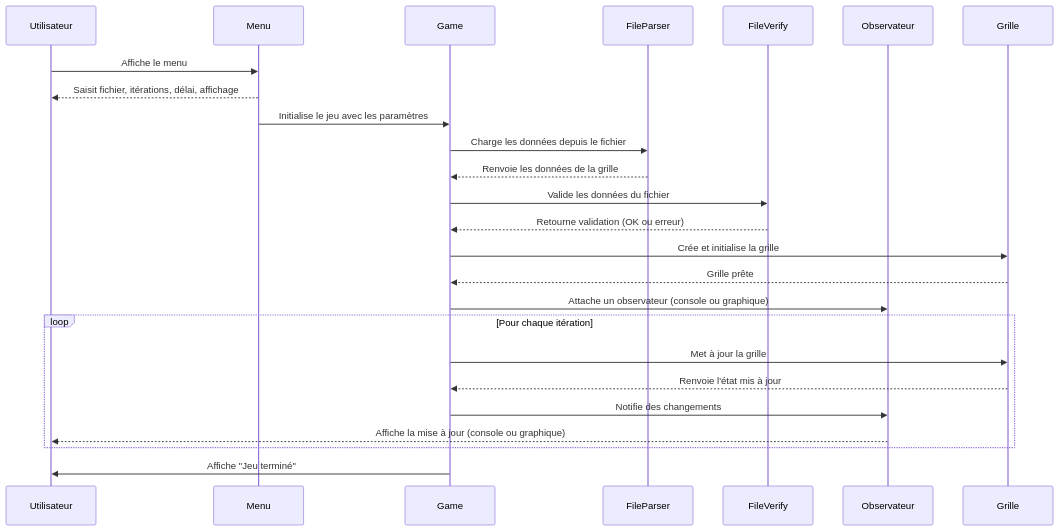
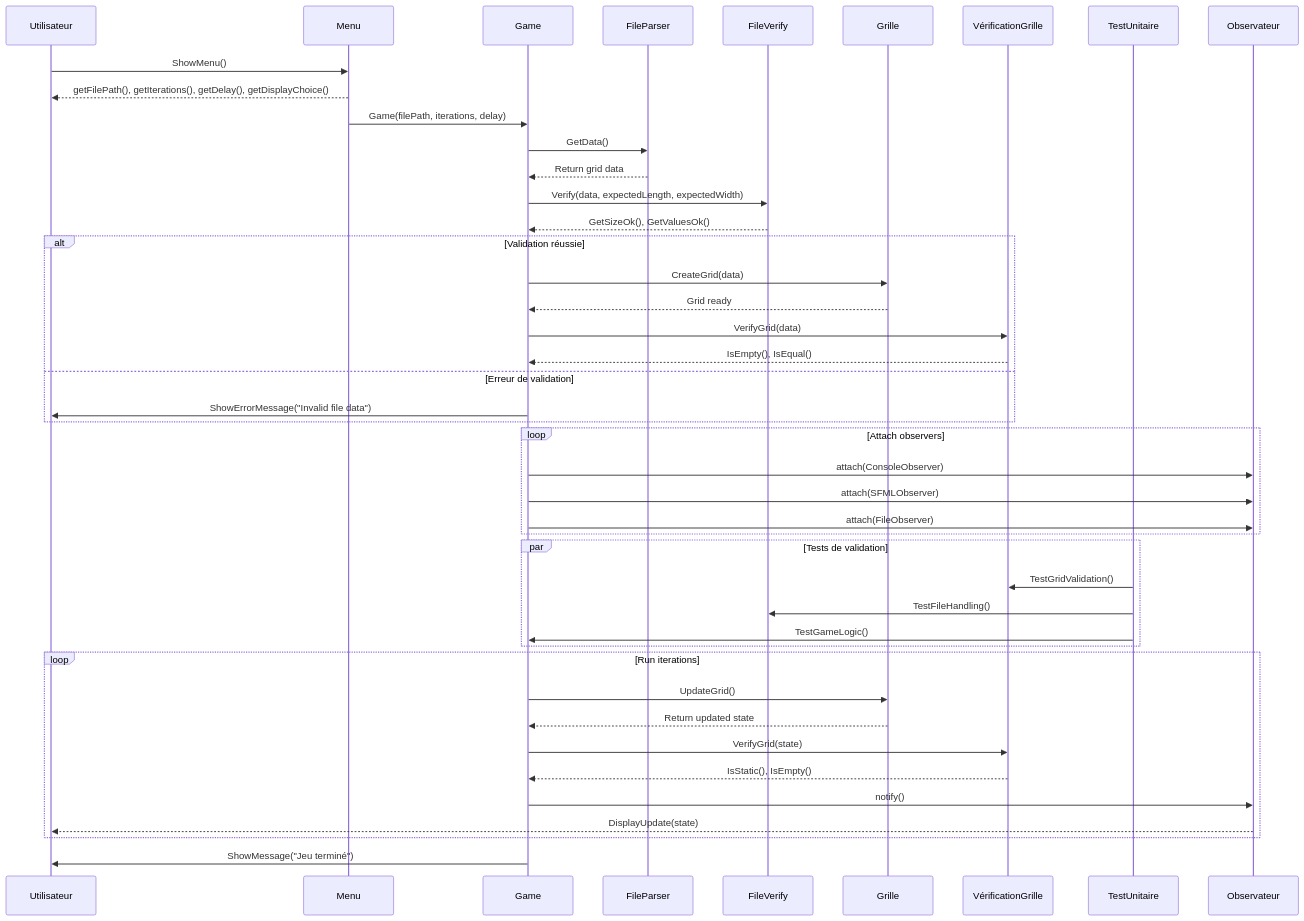
The diagram in Diagrams/SequenceDiagram.mmd (Luis06000/game-of-life), drawn with Mermaid before and after one commit. The commit also changed 3 other files, not shown here.

Commit message:
Diagrams upgate, UsecaseDiagram v1

```diff
--- a/Diagrams/SequenceDiagram.mmd
+++ b/Diagrams/SequenceDiagram.mmd
@@ -1,35 +1,58 @@
 sequenceDiagram
     participant User as Utilisateur
     participant Menu as Menu
     participant Game as Game
     participant FileParser as FileParser
     participant FileVerify as FileVerify
+    participant Grid as Grille
+    participant GridVerify as VérificationGrille
+    participant UnitaryTest as TestUnitaire
     participant Observer as Observateur
-    participant Grid as Grille
 
-    %% Étape 1 : Interaction utilisateur
-    User ->> Menu: Affiche le menu
-    Menu -->> User: Saisit fichier, itérations, délai, affichage
-    Menu ->> Game: Initialise le jeu avec les paramètres
+    %% Étape 1 : Configuration utilisateur
+    User ->> Menu: ShowMenu()
+    Menu -->> User: getFilePath(), getIterations(), getDelay(), getDisplayChoice()
+    Menu ->> Game: Game(filePath, iterations, delay)
 
-    %% Étape 2 : Chargement des données
-    Game ->> FileParser: Charge les données depuis le fichier
-    FileParser -->> Game: Renvoie les données de la grille
-    Game ->> FileVerify: Valide les données du fichier
-    FileVerify -->> Game: Retourne validation (OK ou erreur)
+    %% Étape 2 : Chargement et validation des données
+    Game ->> FileParser: GetData()
+    FileParser -->> Game: Return grid data
+    Game ->> FileVerify: Verify(data, expectedLength, expectedWidth)
+    FileVerify -->> Game: GetSizeOk(), GetValuesOk()
 
-    %% Étape 3 : Initialisation de la grille
-    Game ->> Grid: Crée et initialise la grille
-    Grid -->> Game: Grille prête
-    Game ->> Observer: Attache un observateur (console ou graphique)
-
-    %% Étape 4 : Exécution d'une itération
-    loop Pour chaque itération
-        Game ->> Grid: Met à jour la grille
-        Grid -->> Game: Renvoie l'état mis à jour
-        Game ->> Observer: Notifie des changements
-        Observer -->> User: Affiche la mise à jour (console ou graphique)
+    %% Étape 3 : Initialisation et vérification de la grille
+    alt Validation réussie
+        Game ->> Grid: CreateGrid(data)
+        Grid -->> Game: Grid ready
+        Game ->> GridVerify: VerifyGrid(data)
+        GridVerify -->> Game: IsEmpty(), IsEqual()
+    else Erreur de validation
+        Game ->> User: ShowErrorMessage("Invalid file data")
     end
 
-    %% Étape 5 : Fin du jeu
-    Game ->> User: Affiche "Jeu terminé"
+    %% Étape 4 : Attachement des observateurs
+    loop Attach observers
+        Game ->> Observer: attach(ConsoleObserver)
+        Game ->> Observer: attach(SFMLObserver)
+        Game ->> Observer: attach(FileObserver)
+    end
+
+    %% Étape 5 : Tests unitaires
+    par Tests de validation
+        UnitaryTest ->> GridVerify: TestGridValidation()
+        UnitaryTest ->> FileVerify: TestFileHandling()
+        UnitaryTest ->> Game: TestGameLogic()
+    end
+
+    %% Étape 6 : Exécution du jeu
+    loop Run iterations
+        Game ->> Grid: UpdateGrid()
+        Grid -->> Game: Return updated state
+        Game ->> GridVerify: VerifyGrid(state)
+        GridVerify -->> Game: IsStatic(), IsEmpty()
+        Game ->> Observer: notify()
+        Observer -->> User: DisplayUpdate(state)
+    end
+
+    %% Étape 7 : Fin du jeu
+    Game ->> User: ShowMessage("Jeu terminé")
```
